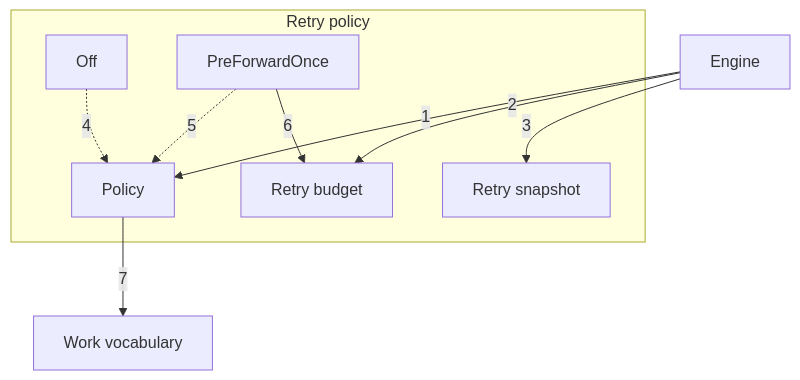
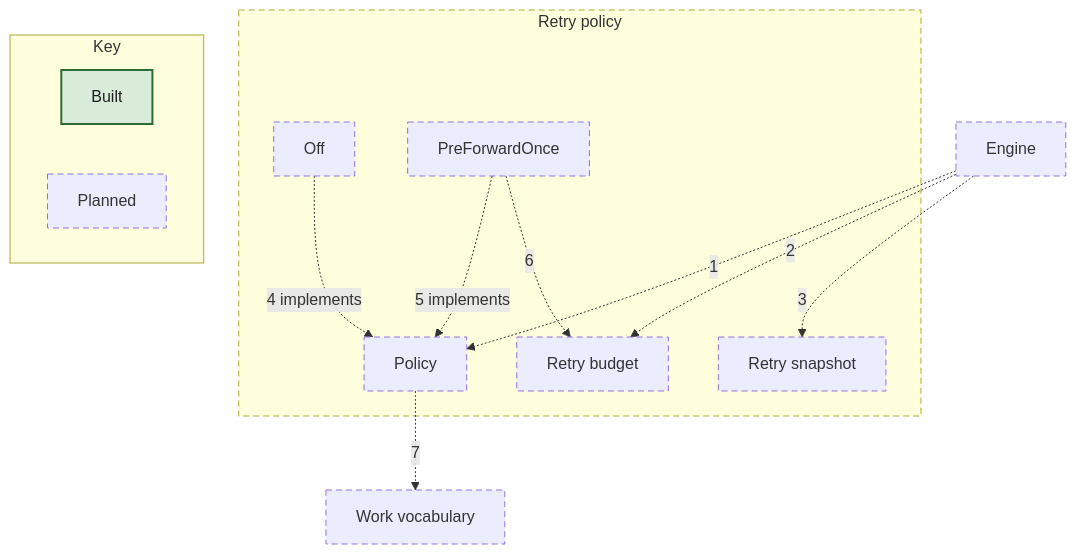
One commit to nickstrad/mini-gateway changed the diagram in docs/c4/diagrams/10-component-retry.mmd. Above: the diagram before and after it, drawn with Mermaid. The commit also changed 28 other files, not shown here.

```diff
--- a/docs/c4/diagrams/10-component-retry.mmd
+++ b/docs/c4/diagrams/10-component-retry.mmd
@@ -1,17 +1,24 @@
 flowchart TB
-  N_ENGINE["Engine"]
-  N_WORK["Work vocabulary"]
+  N_ENGINE["Engine"]:::planned
+  N_WORK["Work vocabulary"]:::planned
   subgraph SCOPE["Retry policy"]
-    R_POLICY["Policy"]
-    R_OFF["Off"]
-    R_ONCE["PreForwardOnce"]
-    R_BUDGET["Retry budget"]
-    R_SNAP["Retry snapshot"]
+    R_POLICY["Policy"]:::planned
+    R_OFF["Off"]:::planned
+    R_ONCE["PreForwardOnce"]:::planned
+    R_BUDGET["Retry budget"]:::planned
+    R_SNAP["Retry snapshot"]:::planned
   end
-  N_ENGINE -->|1| R_POLICY
-  N_ENGINE -->|2| R_BUDGET
-  N_ENGINE -->|3| R_SNAP
-  R_OFF -.->|4| R_POLICY
-  R_ONCE -.->|5| R_POLICY
-  R_ONCE -->|6| R_BUDGET
-  R_POLICY -->|7| N_WORK
+  N_ENGINE -.->|1| R_POLICY
+  N_ENGINE -.->|2| R_BUDGET
+  N_ENGINE -.->|3| R_SNAP
+  R_OFF -.->|4 implements| R_POLICY
+  R_ONCE -.->|5 implements| R_POLICY
+  R_ONCE -.->|6| R_BUDGET
+  R_POLICY -.->|7| N_WORK
+  subgraph KEY["Key"]
+    KEY_BUILT["Built"]:::built
+    KEY_PLANNED["Planned"]:::planned
+  end
+  classDef built fill:#d9ecd9,stroke:#2e6b34,stroke-width:2px,color:#1c1e21
+  classDef planned stroke-width:1px,stroke-dasharray:6 4
+  style SCOPE stroke-dasharray:6 4
```
